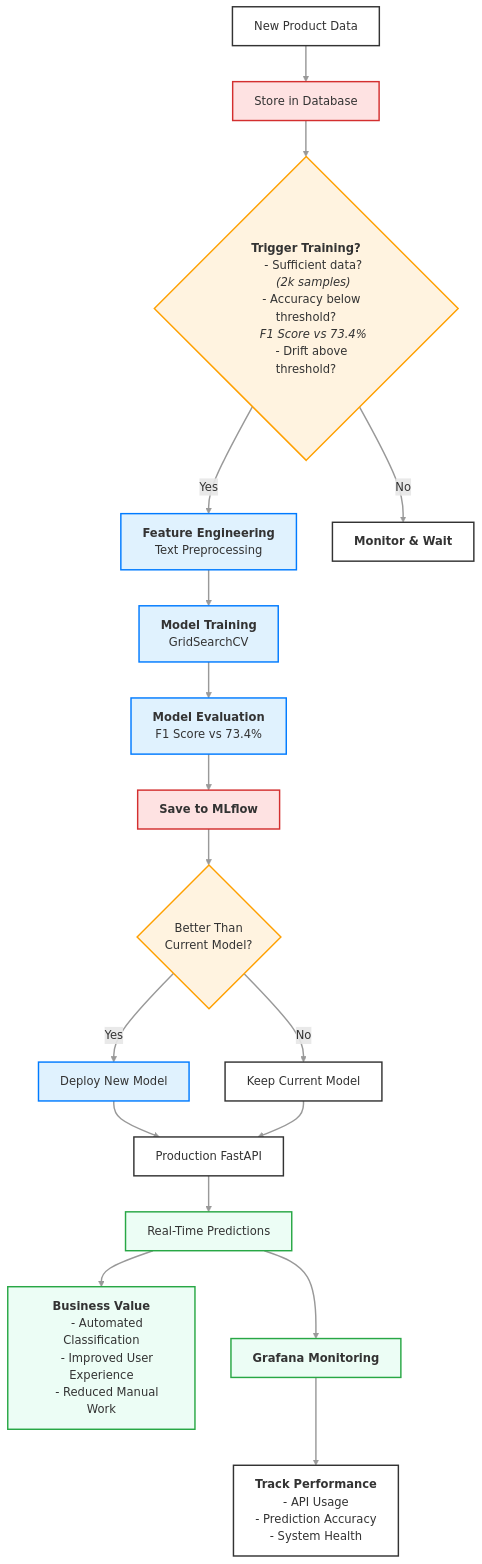
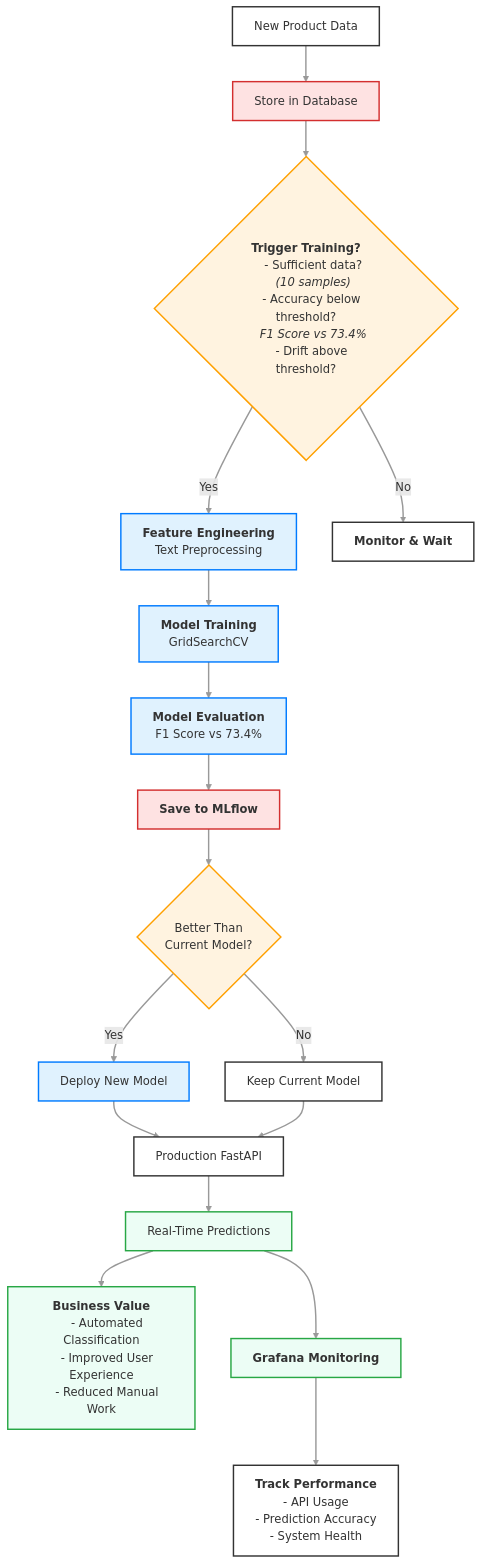
The diagram in containers/rakuten_st/flowcharts/retraining.mermaid (Pockyee/rakuten_project), drawn with Mermaid before and after one commit. The commit also changed 2 other files, not shown here.

Commit message:
refactor: update info in Retraining flowchart  and  pages on Airflow and Team Presentation

```diff
--- a/containers/rakuten_st/flowcharts/retraining.mermaid
+++ b/containers/rakuten_st/flowcharts/retraining.mermaid
@@ -1,115 +1,115 @@
 graph TD
 
     %% RETRAINING NODES
 
     %% Data Ingestion [DI]
     Start[New Product Data]
     DataStorage[Store in Database]
     
     %% DI EDGE
     Start --> DataStorage
 
     
     %% Immediate Training Decision [ITD]
     TrainingTrigger{"<b>Trigger Training?</b>
     - Sufficient data?
-    <em>(2k samples)</em>
+    <em>(10 samples)</em>
     - Accuracy below threshold?
     <em>F1 Score vs 73.4%</em>
     - Drift above threshold?"}
 
     FeatureEngineering["<b>Feature Engineering</b>
     Text Preprocessing"]
 
     WaitingState["<b>Monitor & Wait</b>"]
 
     %% ITD EDGES
     DataStorage --> TrainingTrigger
     TrainingTrigger -- "Yes" --> FeatureEngineering
     TrainingTrigger -- "No" --> WaitingState
 
 
     %% Model Development Cycle [MDC]
 
     ModelTraining["<b>Model Training</b>
     GridSearchCV"]
 
     ModelEvaluation["<b>Model Evaluation</b>
     F1 Score vs 73.4%"]
     
     ModelRegistry["<b>Save to MLflow</b>"]
 
     %% MDC EDGES
     FeatureEngineering --> ModelTraining
     ModelTraining --> ModelEvaluation
     ModelEvaluation --> ModelRegistry
 
 
     %% Deployment Decision [DD]
     
     DeploymentDecision{"Better Than
     Current Model?"}
     
     ModelDeployment["Deploy New Model"]
     
     KeepCurrent["Keep Current Model"]
 
     %% DD EDGES
     ModelRegistry --> DeploymentDecision
     DeploymentDecision -- "Yes" --> ModelDeployment
     DeploymentDecision -- "No" --> KeepCurrent
 
 
     %% REAL-TIME SERVING [RTS]
     ProductionAPI["Production FastAPI"]
     RealTimePredictions["Real-Time Predictions"]
 
     %% RTS EDGES
     ModelDeployment --> ProductionAPI
     KeepCurrent --> ProductionAPI
     ProductionAPI --> RealTimePredictions
 
 
     %% Business Value [BV]
     BusinessValue["<b>Business Value</b>
     - Automated Classification
     - Improved User Experience
     - Reduced Manual Work"]
     
     %% BV EDGE
     RealTimePredictions --> BusinessValue
 
 
     %% Monitoring and Triggering [MaT]
 
     MonitoringDashboard["<b>Grafana Monitoring</b>"]
 
     PerformanceMetrics["<b>Track Performance</b>
     - API Usage
     - Prediction Accuracy
     - System Health"]
 
 
     %% MaT EDGES
     RealTimePredictions --> MonitoringDashboard
     MonitoringDashboard --> PerformanceMetrics
 
 
     %% STYLING
     %% Apply default styles to ALL nodes
     classDef default fill:#FFF,stroke:#333,stroke-width:2px;
 
     %% Apply default styles to ALL edges
     linkStyle default stroke:#999,stroke-width:2px,fill:none;
 
     %% Node-specific styling
     classDef process fill:#E0F2FE,stroke:#007BFF,stroke-width:2px;
     classDef decision fill:#FFF3E0,stroke:#FFA000,stroke-width:2px;
     classDef storage fill:#FEE2E2,stroke:#D32F2F,stroke-width:2px;
     classDef value fill:#ECFDF5,stroke:#28A745,stroke-width:2px;
 
     %% Applying classes to specific nodes (grouping for readability)
     class FeatureEngineering,ModelTraining,ModelEvaluation,ModelDeployment process; 
     class TrainingTrigger,DeploymentDecision decision; 
     class DataStorage,ModelRegistry storage; 
     class BusinessValue,RealTimePredictions,MonitoringDashboard value; 
```
